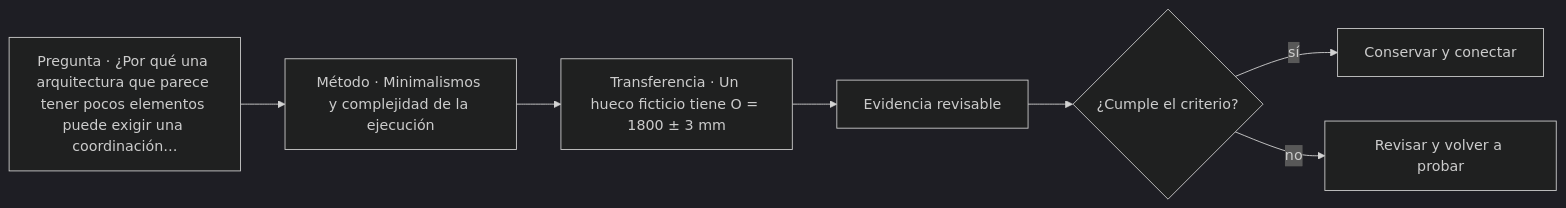
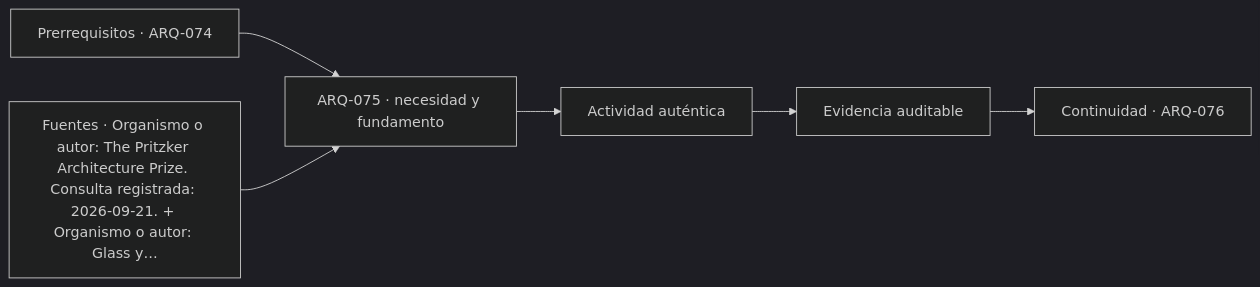
Before and after one commit to vladimiracunadev-create/architecture-built-environment-learning-program: the diagram in classes/parte-08/ARQ-075.md, drawn with Mermaid (dark theme). The commit also changed other lines of this file and 761 other files, not shown here.

````diff
--- a/classes/parte-08/ARQ-075.md
+++ b/classes/parte-08/ARQ-075.md
@@ -98,9 +110,8 @@
 ```mermaid
 flowchart LR
-    Q["Pregunta · ¿Por qué una arquitectura que parece tener pocos elementos puede exigir una coordinación…"] --> M["Método · Minimalismos y complejidad de la ejecución"]
-    M --> P["Transferencia · Un hueco ficticio tiene O = 1800 ± 3 mm"]
-    P --> E["Evidencia revisable"]
-    E --> C{"¿Cumple el criterio?"}
-    C -->|sí| T["Conservar y conectar"]
-    C -->|no| R["Revisar y volver a probar"]
+    A["Prerrequisitos · ARQ-074"] --> B["ARQ-075 · necesidad y fundamento"]
+    S["Fuentes · Organismo o autor: The Pritzker Architecture Prize. Consulta registrada: 2026-09-21. + Organismo o autor: Glass y…"] --> B
+    B --> C["Actividad auténtica"]
+    C --> D["Evidencia auditable"]
+    D --> E["Continuidad · ARQ-076"]
 ```
````
